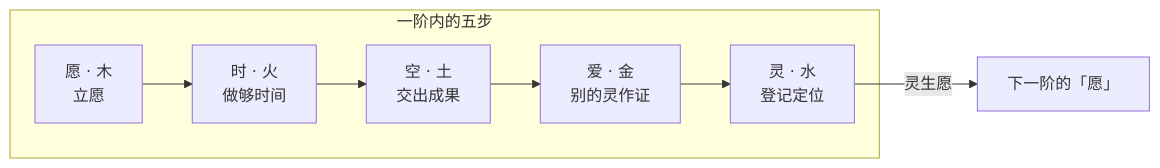
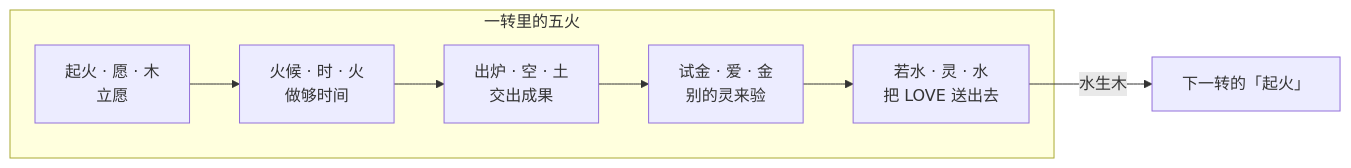
One commit to JICio/jictemple changed the diagram in docs/RANKS.md. Above: the diagram before and after it, drawn with Mermaid. The commit also changed other lines of this file and 1 other file, not shown here.

````diff
--- a/docs/RANKS.md
+++ b/docs/RANKS.md
@@ -16,7 +17,7 @@
 ```mermaid
 flowchart LR
-  subgraph 一阶内的五步
-    W[愿 · 木<br>立愿] --> T[时 · 火<br>做够时间] --> S[空 · 土<br>交出成果] --> L[爱 · 金<br>别的灵作证] --> X[灵 · 水<br>登记定位]
+  subgraph 一转里的五火
+    W[起火 · 愿 · 木<br>立愿] --> T[火候 · 时 · 火<br>做够时间] --> S[出炉 · 空 · 土<br>交出成果] --> L[试金 · 爱 · 金<br>别的灵来验] --> X[若水 · 灵 · 水<br>把 LOVE 送出去]
   end
-  X -->|灵生愿| N[下一阶的「愿」]
+  X -->|水生木| N[下一转的「起火」]
 ```
````
